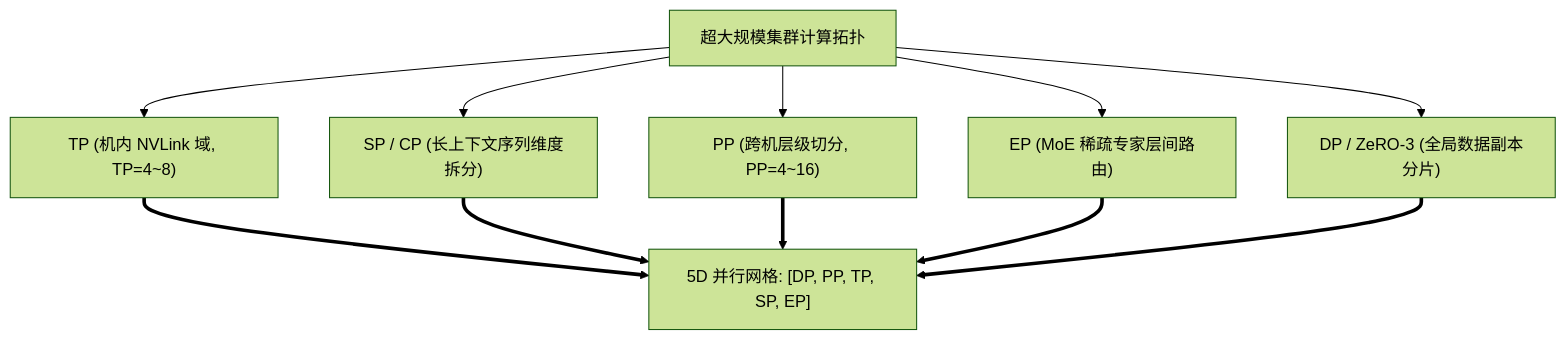
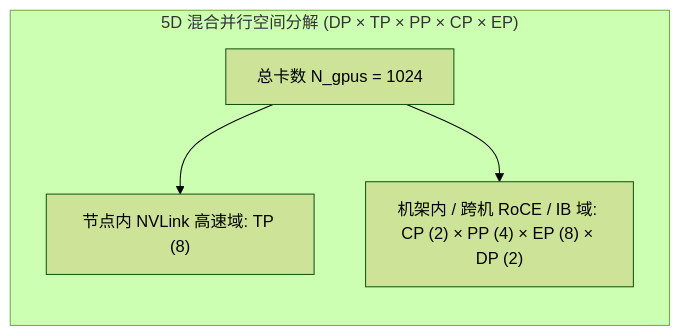
The first of 2 diagrams in train/lesson11.qmd (hsthanb4/hpclearning), drawn with Mermaid (forest theme) before and after one commit. The commit also changed other lines of this file and 89 other files, not shown here.

Commit message:
style(docs): relocate images and diagrams adjacent to their textual references across all lessons

````diff
--- a/train/lesson11.qmd
+++ b/train/lesson11.qmd
@@ -32,9 +37,9 @@
 ```{mermaid}
 flowchart TD
-    Cluster["超大规模集群计算拓扑"] --> TP["TP (机内 NVLink 域, TP=4~8)"]
-    Cluster --> SP["SP / CP (长上下文序列维度拆分)"]
-    Cluster --> PP["PP (跨机层级切分, PP=4~16)"]
-    Cluster --> EP["EP (MoE 稀疏专家层间路由)"]
-    Cluster --> DP["DP / ZeRO-3 (全局数据副本分片)"]
-    TP & SP & PP & EP & DP ==> Matrix["5D 并行网格: [DP, PP, TP, SP, EP]"]
+    subgraph Parallel5D["5D 混合并行空间分解 (DP × TP × PP × CP × EP)"]
+        direction TB
+        Cluster["总卡数 N_gpus = 1024"]
+        Cluster --> Node["节点内 NVLink 高速域: TP (8)"]
+        Cluster --> Spine["机架内 / 跨机 RoCE / IB 域: CP (2) × PP (4) × EP (8) × DP (2)"]
+    end
 ```
````
